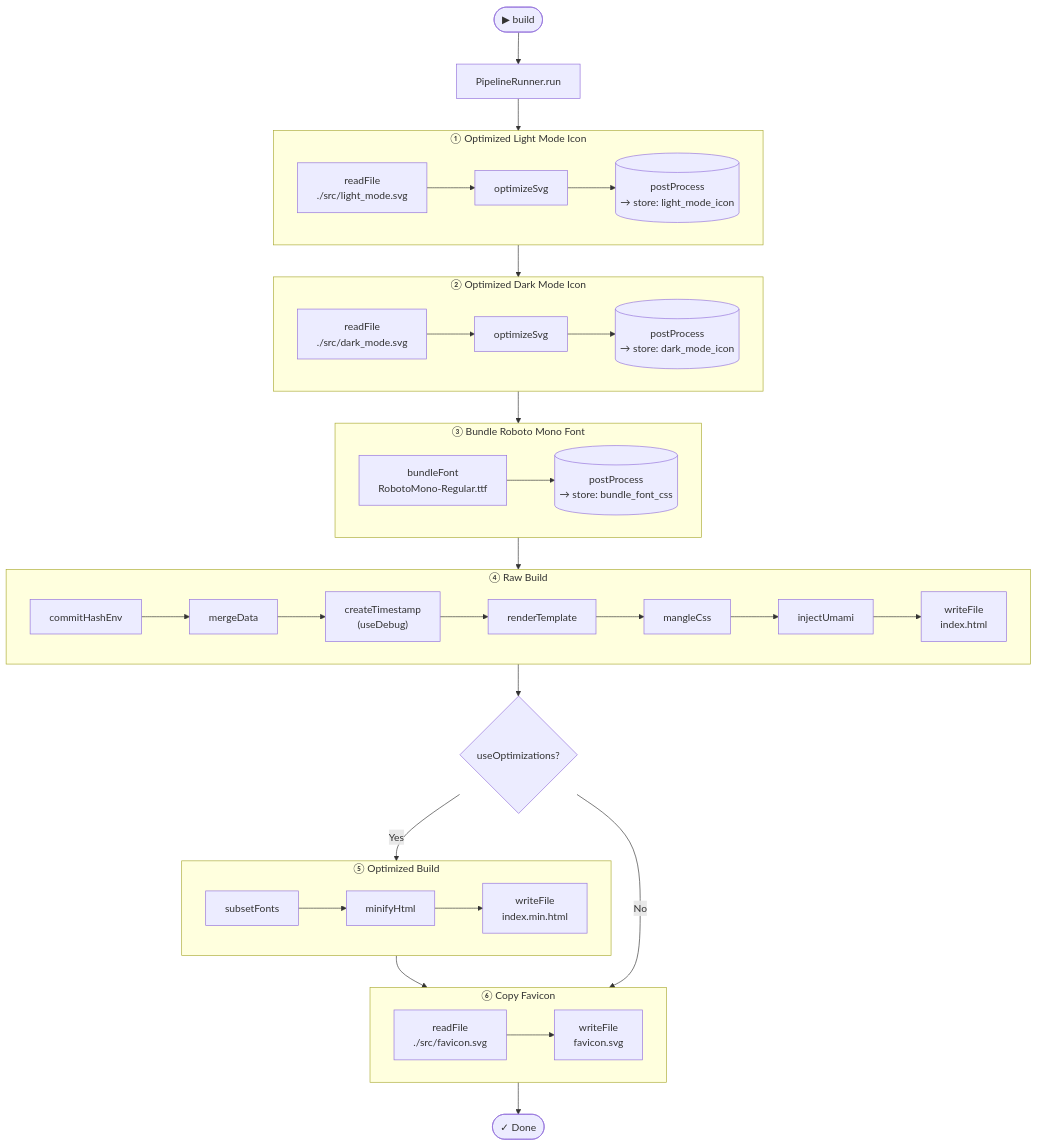
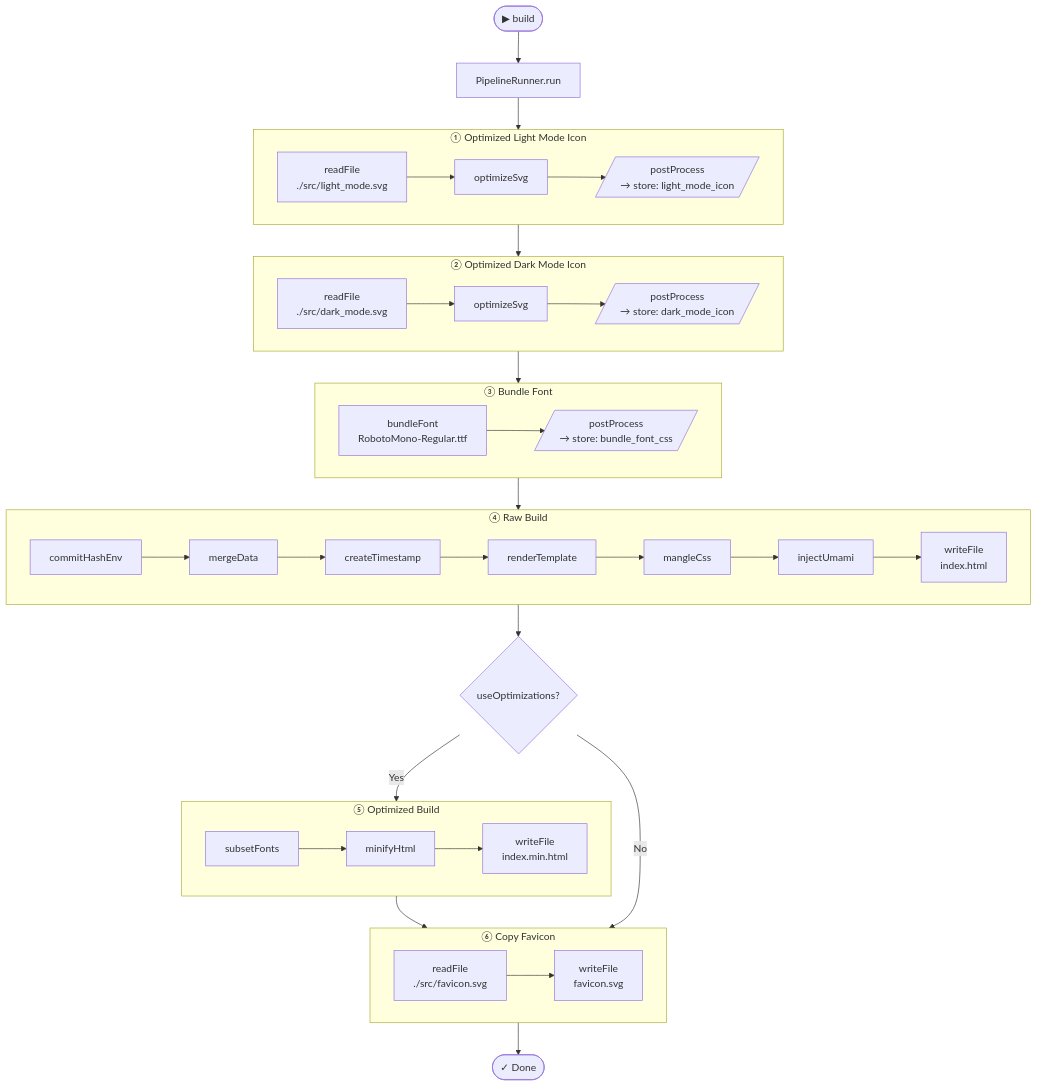
Before and after one commit to swdegay/swdegay.github.io: the diagram in README.md, drawn with Mermaid. The commit also changed other lines of this file and 7 other files, not shown here.

````diff
--- a/README.md
+++ b/README.md
@@ -12,40 +12,40 @@
 ```mermaid
 flowchart TD
     Start([▶ build]) --> Runner[PipelineRunner.run]
     Runner --> sg1
 
     subgraph sg1["① Optimized Light Mode Icon"]
         direction LR
-        A1["readFile\n./src/light_mode.svg"] --> A2[optimizeSvg] --> A3[("postProcess\n→ store: light_mode_icon")]
+        A1["readFile\n./src/light_mode.svg"] --> A2[optimizeSvg] --> A3[/"postProcess\n→ store: light_mode_icon"/]
     end
 
     subgraph sg2["② Optimized Dark Mode Icon"]
         direction LR
-        B1["readFile\n./src/dark_mode.svg"] --> B2[optimizeSvg] --> B3[("postProcess\n→ store: dark_mode_icon")]
+        B1["readFile\n./src/dark_mode.svg"] --> B2[optimizeSvg] --> B3[/"postProcess\n→ store: dark_mode_icon"/]
     end
 
-    subgraph sg3["③ Bundle Roboto Mono Font"]
+    subgraph sg3["③ Bundle Font"]
         direction LR
-        C1["bundleFont\nRobotoMono-Regular.ttf"] --> C2[("postProcess\n→ store: bundle_font_css")]
+        C1["bundleFont\nRobotoMono-Regular.ttf"] --> C2[/"postProcess\n→ store: bundle_font_css"/]
     end
 
     subgraph sg4["④ Raw Build"]
         direction LR
-        D1[commitHashEnv] --> D2[mergeData] --> D3["createTimestamp\n(useDebug)"] --> D4[renderTemplate] --> D5[mangleCss] --> D6[injectUmami] --> D7["writeFile\nindex.html"]
+        D1[commitHashEnv] --> D2[mergeData] --> D3["createTimestamp"] --> D4[renderTemplate] --> D5[mangleCss] --> D6[injectUmami] --> D7["writeFile\nindex.html"]
     end
 
     subgraph sg5["⑤ Optimized Build"]
         direction LR
         E1[subsetFonts] --> E2[minifyHtml] --> E3["writeFile\nindex.min.html"]
     end
 
     subgraph sg6["⑥ Copy Favicon"]
         direction LR
         F1["readFile\n./src/favicon.svg"] --> F2["writeFile\nfavicon.svg"]
     end
 
     sg1 --> sg2 --> sg3 --> sg4 --> Cond{useOptimizations?}
     Cond -- Yes --> sg5 --> sg6
     Cond -- No --> sg6
     sg6 --> Done(["✓ Done"])
 ```
````
